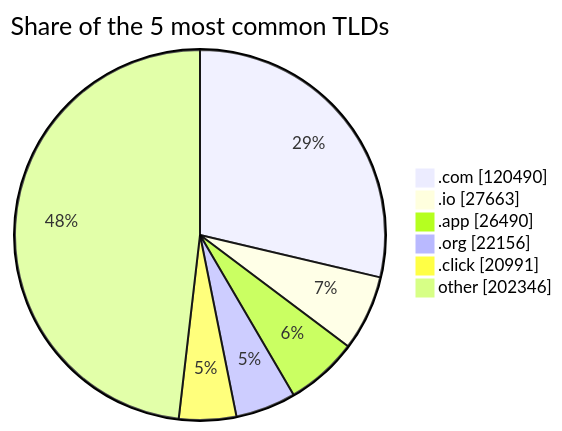
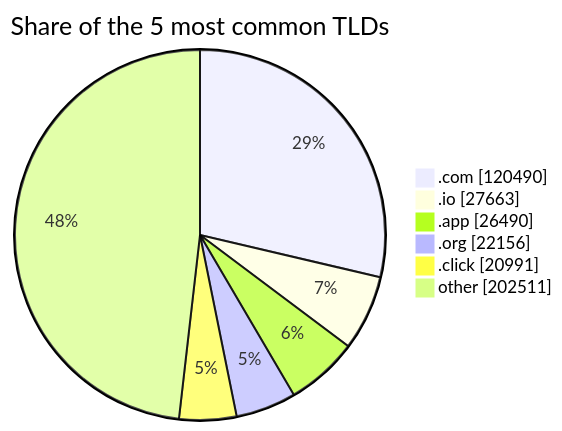
The third of 3 diagrams in README.md (DNSBunker/CTI), drawn with Mermaid before and after one commit. The commit also changed other lines of this file and 3 other files, not shown here.

````diff
--- a/README.md
+++ b/README.md
@@ -81,9 +81,9 @@
 ```mermaid
 pie showData title Share of the 5 most common TLDs
     ".com" : 120490
     ".io" : 27663
     ".app" : 26490
     ".org" : 22156
     ".click" : 20991
-    "other" : 202346
+    "other" : 202511
 ```
````
